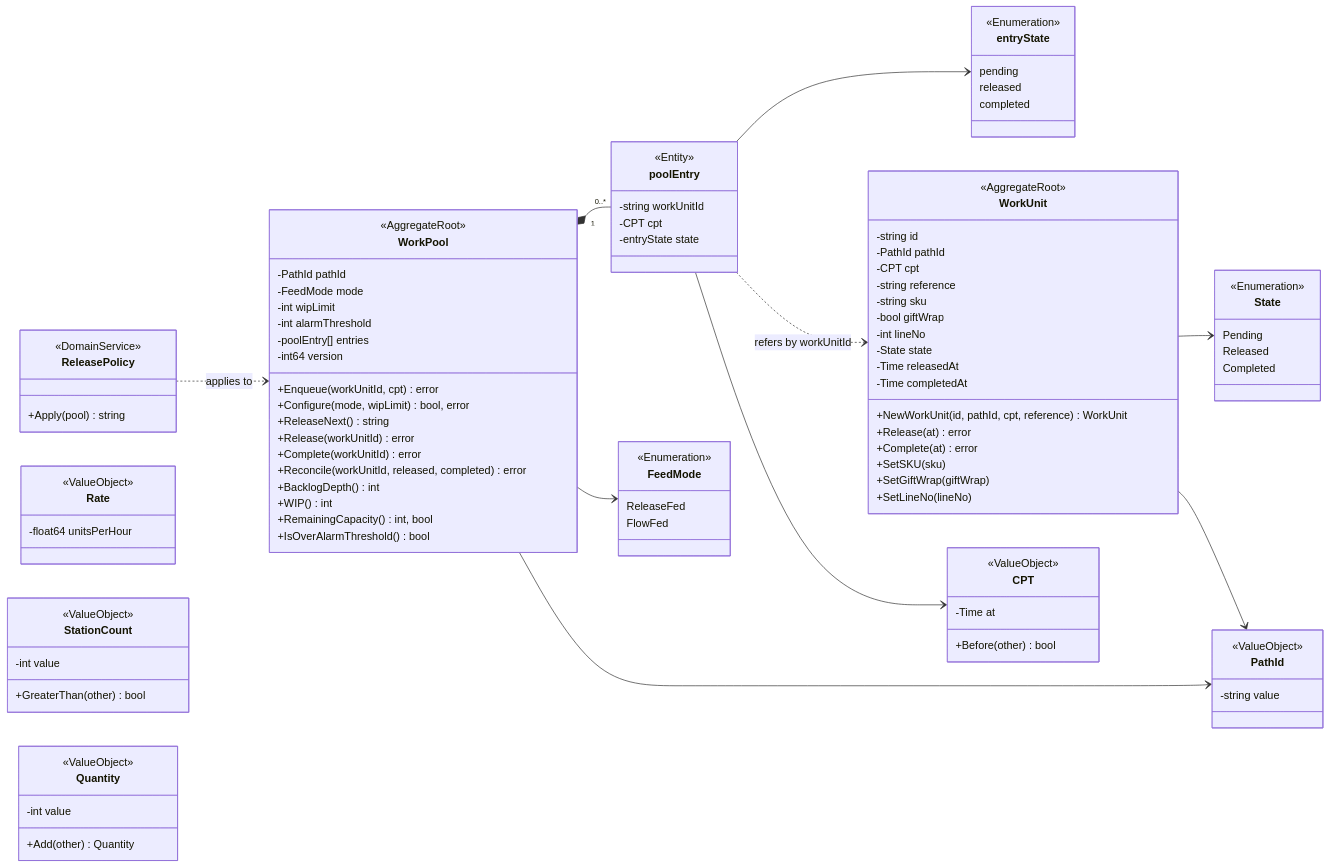
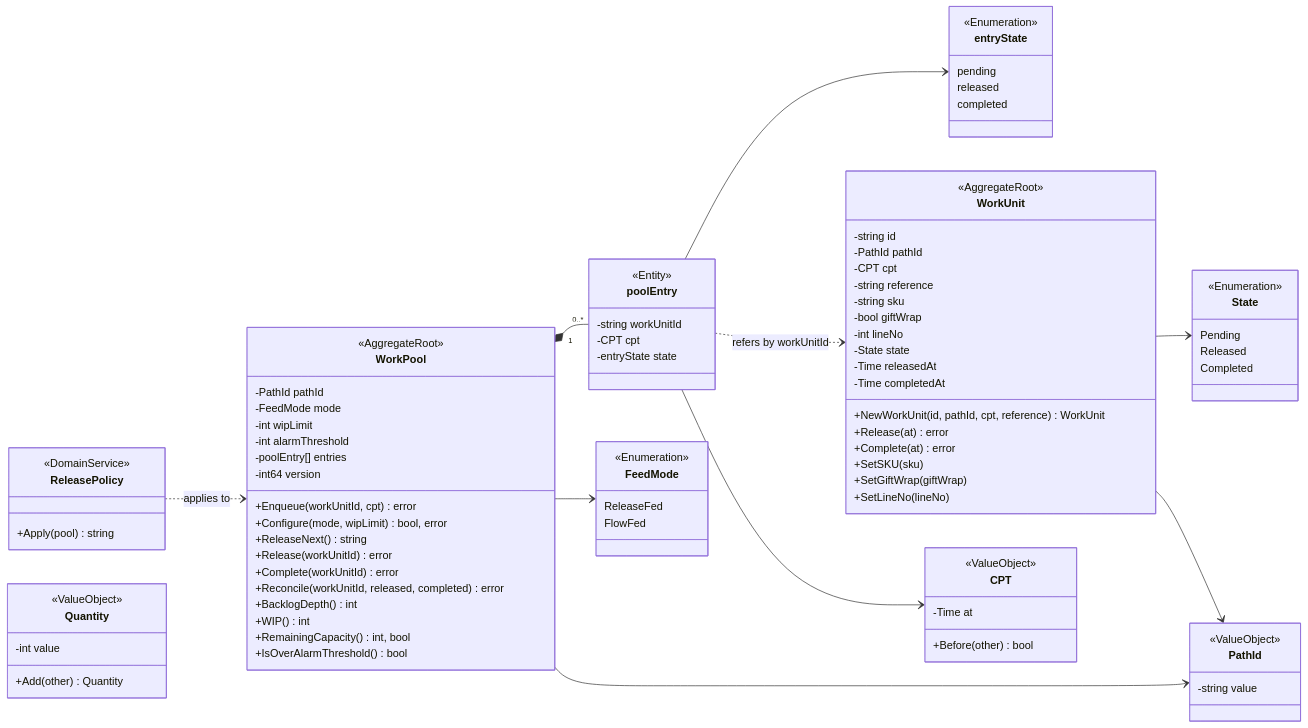
One commit to IQVO/wes-work-planning changed the first of 5 diagrams in docs/docs/ddd/class-diagram.md. Above: the diagram before and after it, drawn with Mermaid. The commit also changed other lines of this file and 7 other files, not shown here.

```diff
--- a/docs/docs/ddd/class-diagram.md
+++ b/docs/docs/ddd/class-diagram.md
@@ -100,15 +100,6 @@
         -Time at
         +Before(other) bool
     }
-    class Rate {
-        <<ValueObject>>
-        -float64 unitsPerHour
-    }
-    class StationCount {
-        <<ValueObject>>
-        -int value
-        +GreaterThan(other) bool
-    }
     class Quantity {
         <<ValueObject>>
         -int value
```
